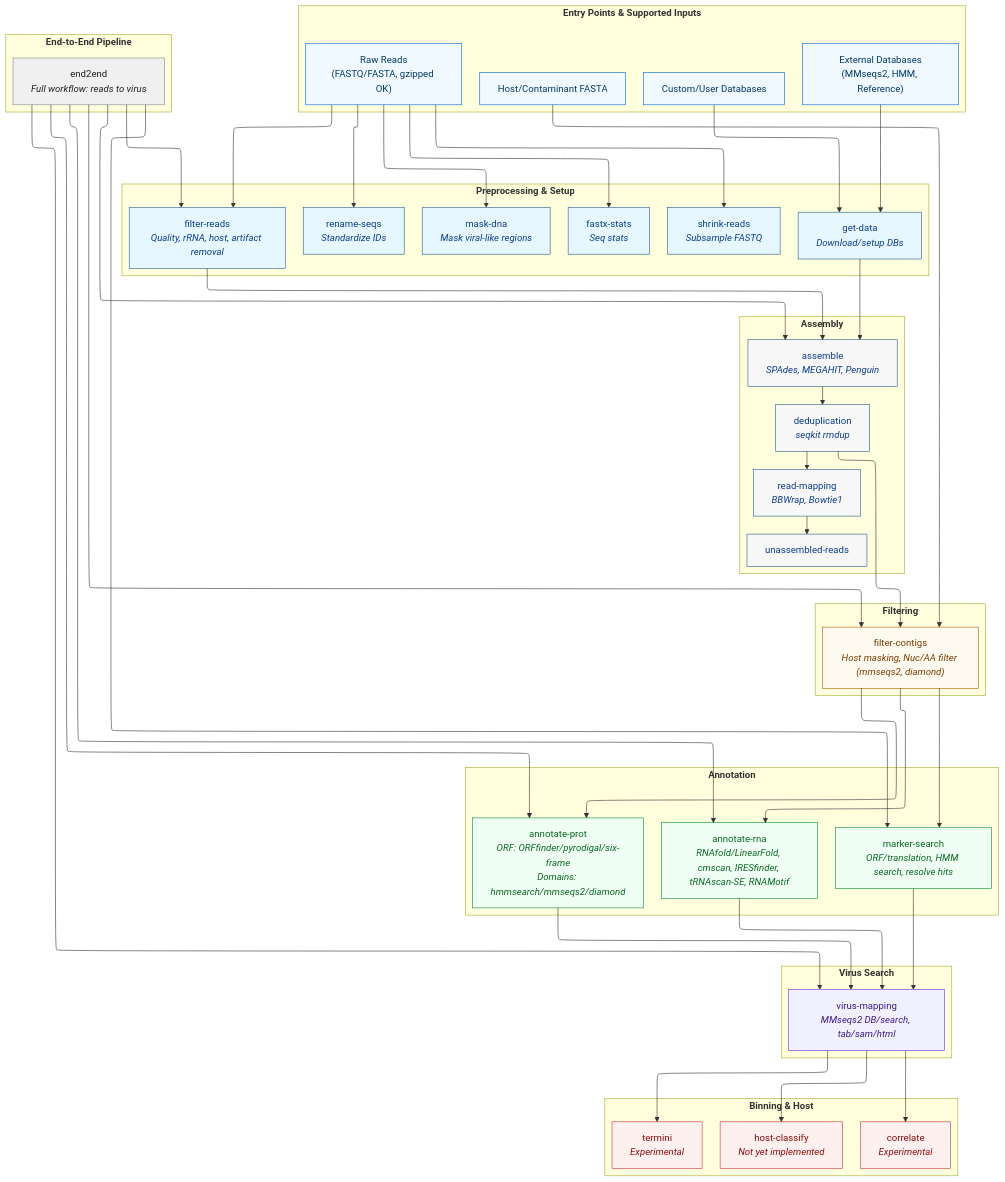
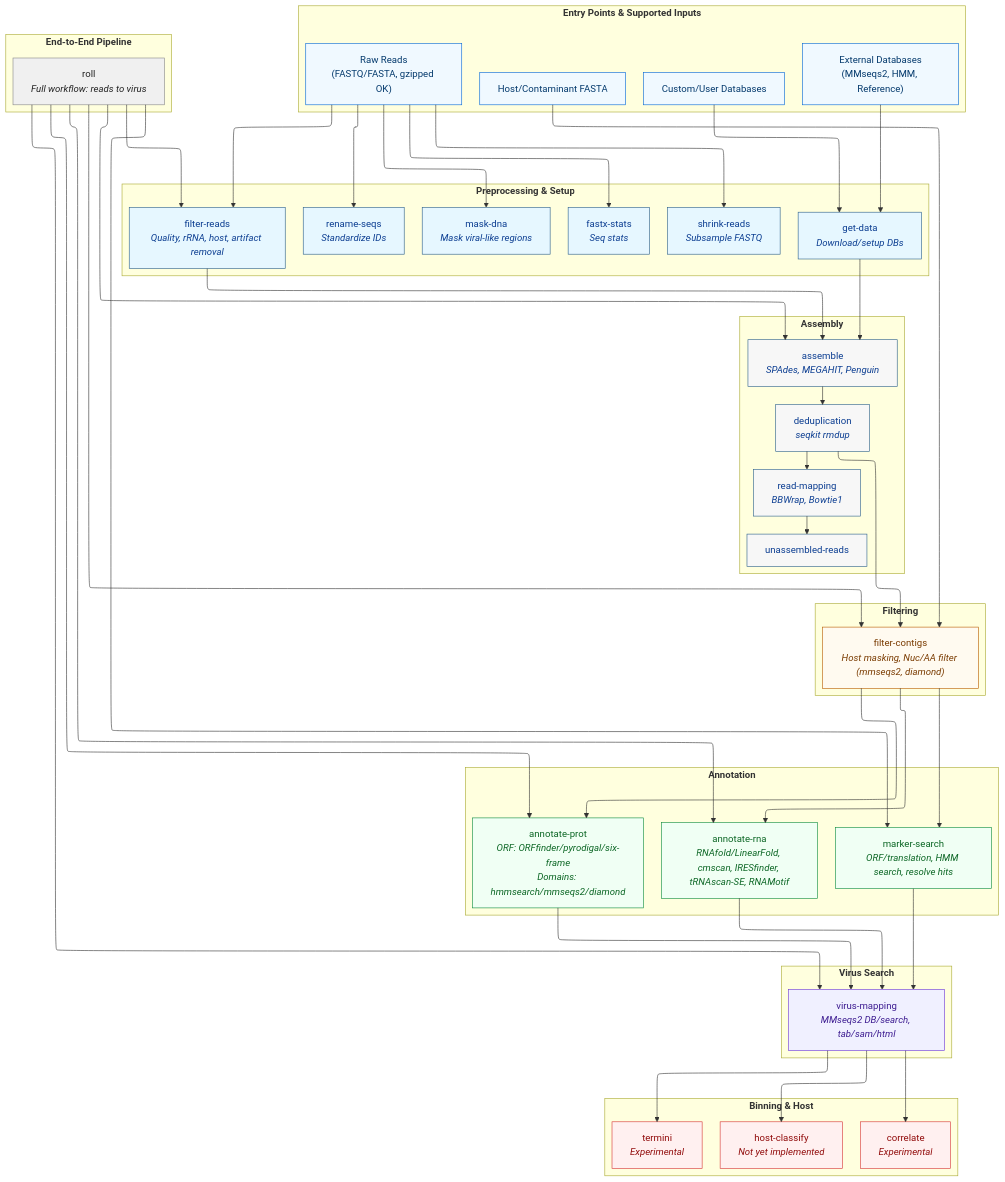
One commit to UriNeri/rolypoly changed the diagram in docs/mkdocs_docs/index.md. Above: the diagram before and after it, drawn with Mermaid. The commit also changed 25 other files, not shown here.

```diff
--- a/docs/mkdocs_docs/index.md
+++ b/docs/mkdocs_docs/index.md
@@ -95,7 +95,7 @@
         HOSTCL["host-classify<br><i>Not yet implemented</i>"]
   end
  subgraph E2E["<b>End-to-End Pipeline</b>"]
-      END2END["end2end<br><i>Full workflow: reads to virus</i>"]
+      roll["roll<br><i>Full workflow: reads to virus</i>"]
   end
     RAWREADS --> READPROC & SHRINK & MASKDNA & RENSEQ & FASTXSTATS
     EXTDB --> GETDATA
@@ -111,7 +111,7 @@
     ANRNA --> SEARCHV
     MARKER --> SEARCHV
     SEARCHV --> BINCORR & BINTERM & HOSTCL
-    END2END --> READPROC & ASSEMBLY & FILTASM & ANPROT & ANRNA & MARKER & SEARCHV
+    roll --> READPROC & ASSEMBLY & FILTASM & ANPROT & ANRNA & MARKER & SEARCHV
      RAWREADS:::inputStyle
      EXTDB:::inputStyle
      HOSTFA:::inputStyle
@@ -134,7 +134,7 @@
      BINCORR:::binStyle
      BINTERM:::binStyle
      HOSTCL:::binStyle
-     END2END:::e2eStyle
+     roll:::e2eStyle
     classDef inputStyle fill:#f0f9ff,stroke:#0366d6,color:#03396c
     classDef preStyle fill:#e6f7ff,stroke:#2b5f8a,color:#0b3d91
     classDef asmStyle fill:#f7f7f7,stroke:#2b5f8a,color:#0b3d91
```
